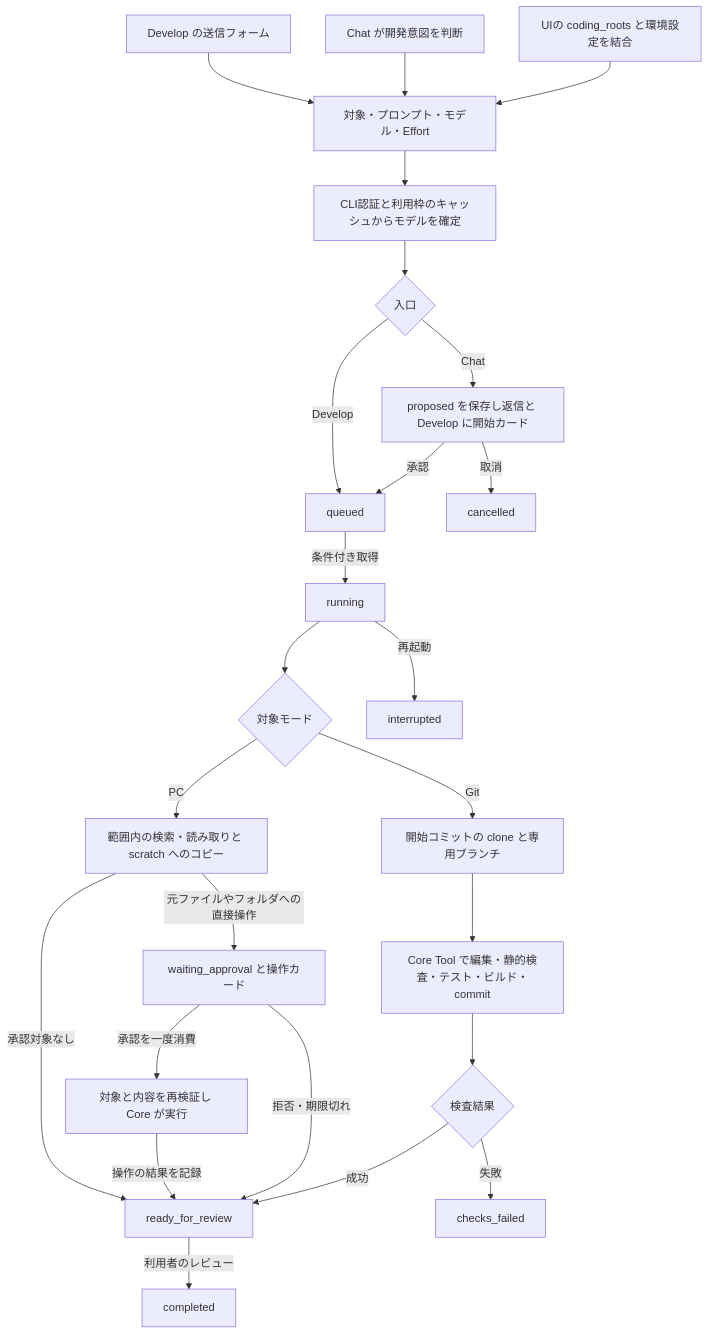
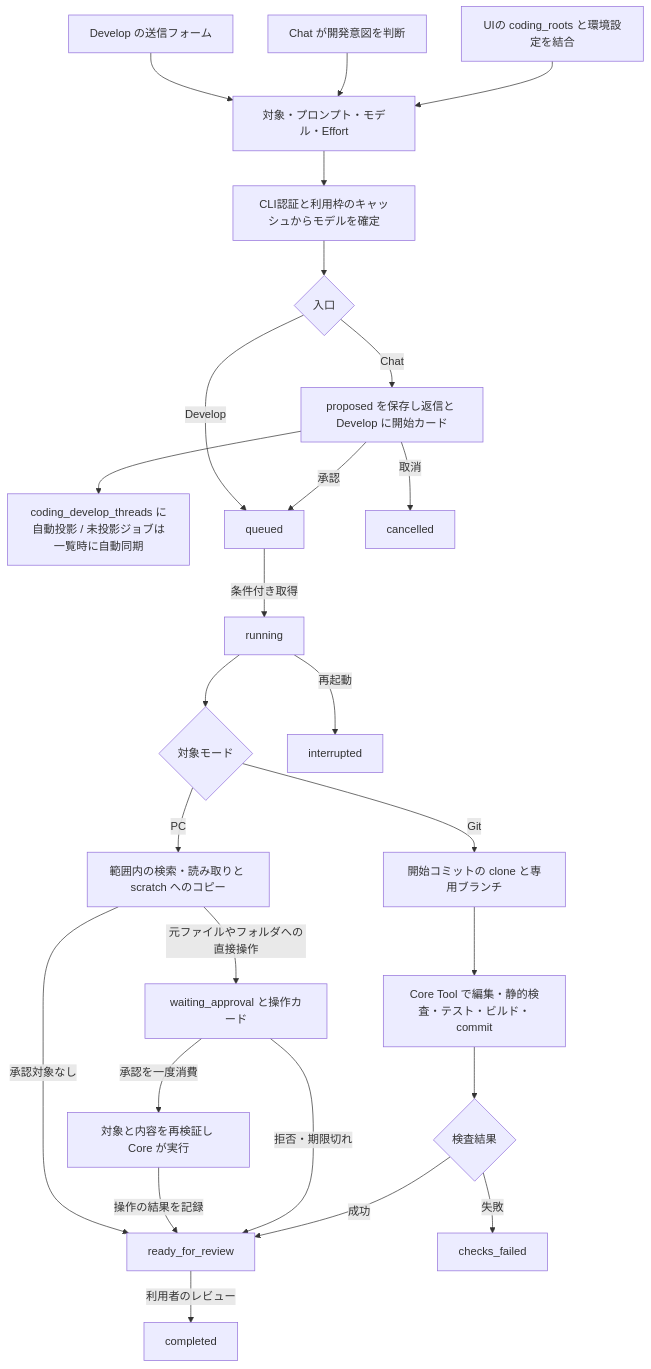
Before and after one commit to Soso2e/PETIT: the third of 41 diagrams in docs/runtime-flows.md, drawn with Mermaid. The commit also changed 7 other files, not shown here.

````diff
--- a/docs/runtime-flows.md
+++ b/docs/runtime-flows.md
@@ -49,27 +49,28 @@
 ```mermaid
 flowchart TD
     Roots[UIの coding_roots と環境設定を結合] --> Select[対象・プロンプト・モデル・Effort]
     Chat[Chat が開発意図を判断] --> Select
     Develop[Develop の送信フォーム] --> Select
     Select --> Quota[CLI認証と利用枠のキャッシュからモデルを確定]
     Quota --> Entry{入口}
     Entry -->|Chat| Proposed[proposed を保存し返信と Develop に開始カード]
+    Proposed --> AutoThread[coding_develop_threads に自動投影 / 未投影ジョブは一覧時に自動同期]
     Proposed -->|承認| Queued[queued]
     Proposed -->|取消| Cancelled[cancelled]
     Entry -->|Develop| Queued
     Queued -->|条件付き取得| Run[running]
     Run --> Mode{対象モード}
     Mode -->|Git| Git[開始コミットの clone と専用ブランチ]
     Git --> GitTool[Core Tool で編集・静的検査・テスト・ビルド・commit]
     GitTool --> Check{検査結果}
     Check -->|成功| Review[ready_for_review]
     Check -->|失敗| FailedChecks[checks_failed]
     Mode -->|PC| PC[範囲内の検索・読み取りと scratch へのコピー]
     PC -->|元ファイルやフォルダへの直接操作| Pending[waiting_approval と操作カード]
     Pending -->|承認を一度消費| Effect[対象と内容を再検証し Core が実行]
     Pending -->|拒否・期限切れ| Review
     Effect -->|操作の結果を記録| Review
     PC -->|承認対象なし| Review
     Review -->|利用者のレビュー| Completed[completed]
     Run -->|再起動| Interrupted[interrupted]
 ```
````
